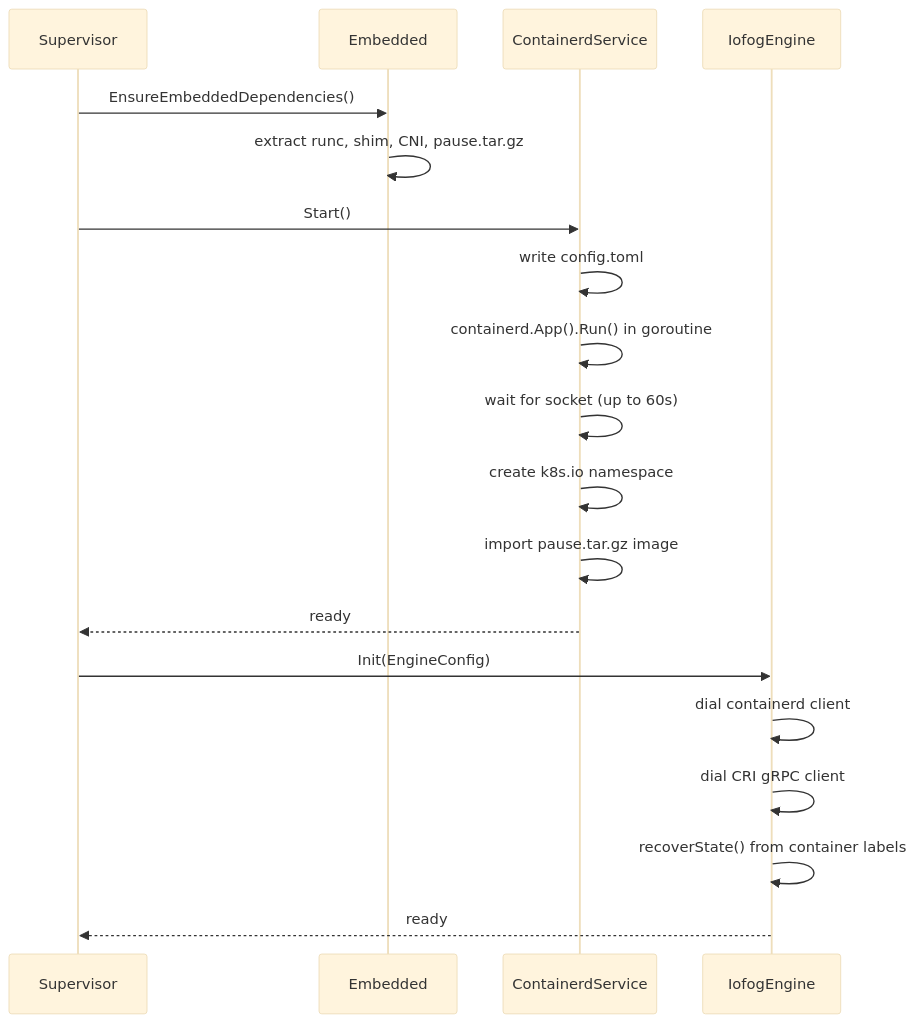
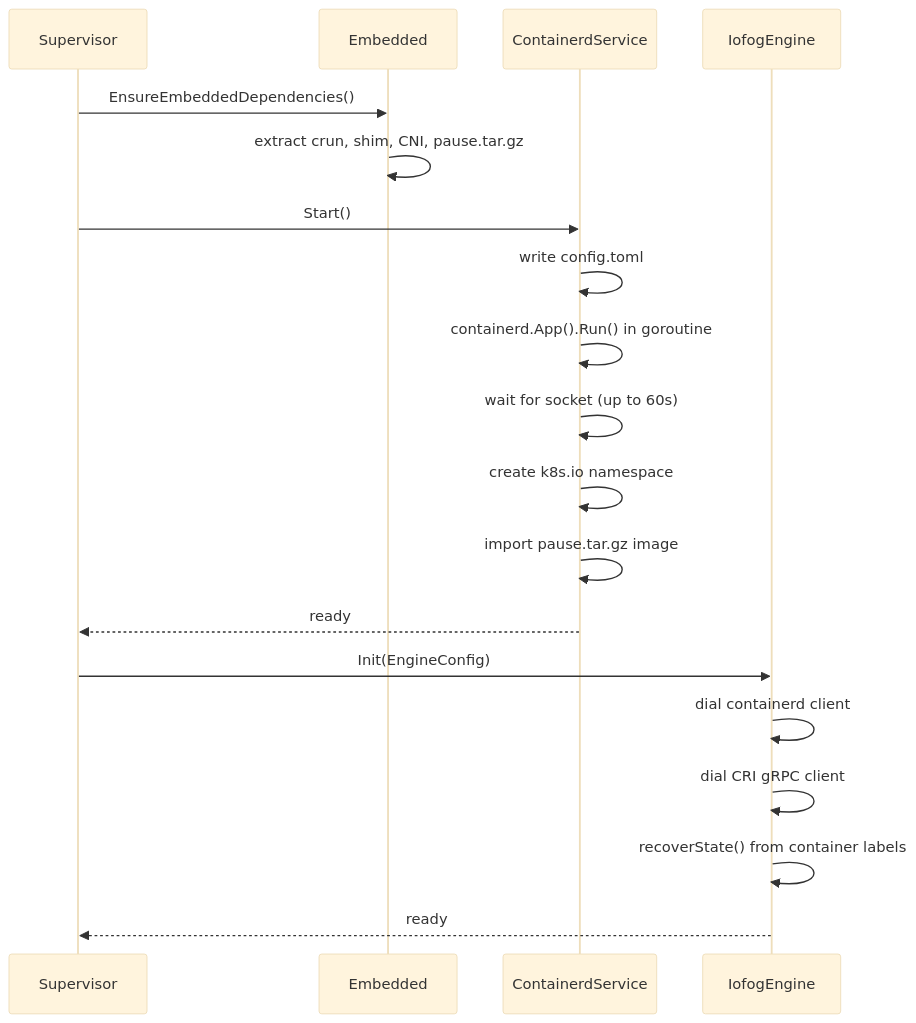
Before and after one commit to Datasance/edgelet: the first of 2 diagrams in docs/container_engine.md, drawn with Mermaid (base theme). The commit also changed other lines of this file and 12 other files, not shown here.

Commit message:
Replace embedded runc with crun for OCI workloads. Swap the embedded OCI runtime from runc to crun v1.27.1 while keeping containerd-shim-runc-v2 and io.containerd.runc.v2 wiring unchanged. Rename runtime handlers to crun/crun-local, update CRI mapping, tests, and docs.

````diff
--- a/docs/container_engine.md
+++ b/docs/container_engine.md
@@ -188,22 +192,22 @@
 ```mermaid
 sequenceDiagram
     participant Supervisor
     participant Embedded
     participant ContainerdService
     participant IofogEngine
 
     Supervisor->>Embedded: EnsureEmbeddedDependencies()
-    Embedded->>Embedded: extract runc, shim, CNI, pause.tar.gz
+    Embedded->>Embedded: extract crun, shim, CNI, pause.tar.gz
     Supervisor->>ContainerdService: Start()
     ContainerdService->>ContainerdService: write config.toml
     ContainerdService->>ContainerdService: containerd.App().Run() in goroutine
     ContainerdService->>ContainerdService: wait for socket (up to 60s)
     ContainerdService->>ContainerdService: create k8s.io namespace
     ContainerdService->>ContainerdService: import pause.tar.gz image
     ContainerdService-->>Supervisor: ready
     Supervisor->>IofogEngine: Init(EngineConfig)
     IofogEngine->>IofogEngine: dial containerd client
     IofogEngine->>IofogEngine: dial CRI gRPC client
     IofogEngine->>IofogEngine: recoverState() from container labels
     IofogEngine-->>Supervisor: ready
 ```
````
